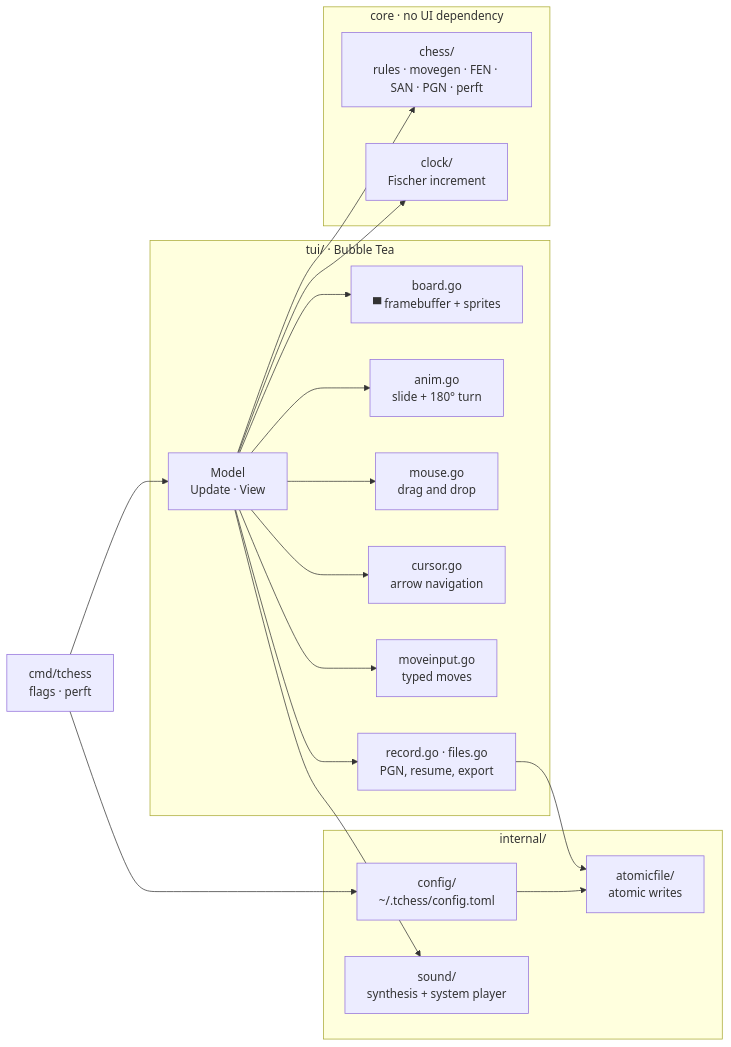
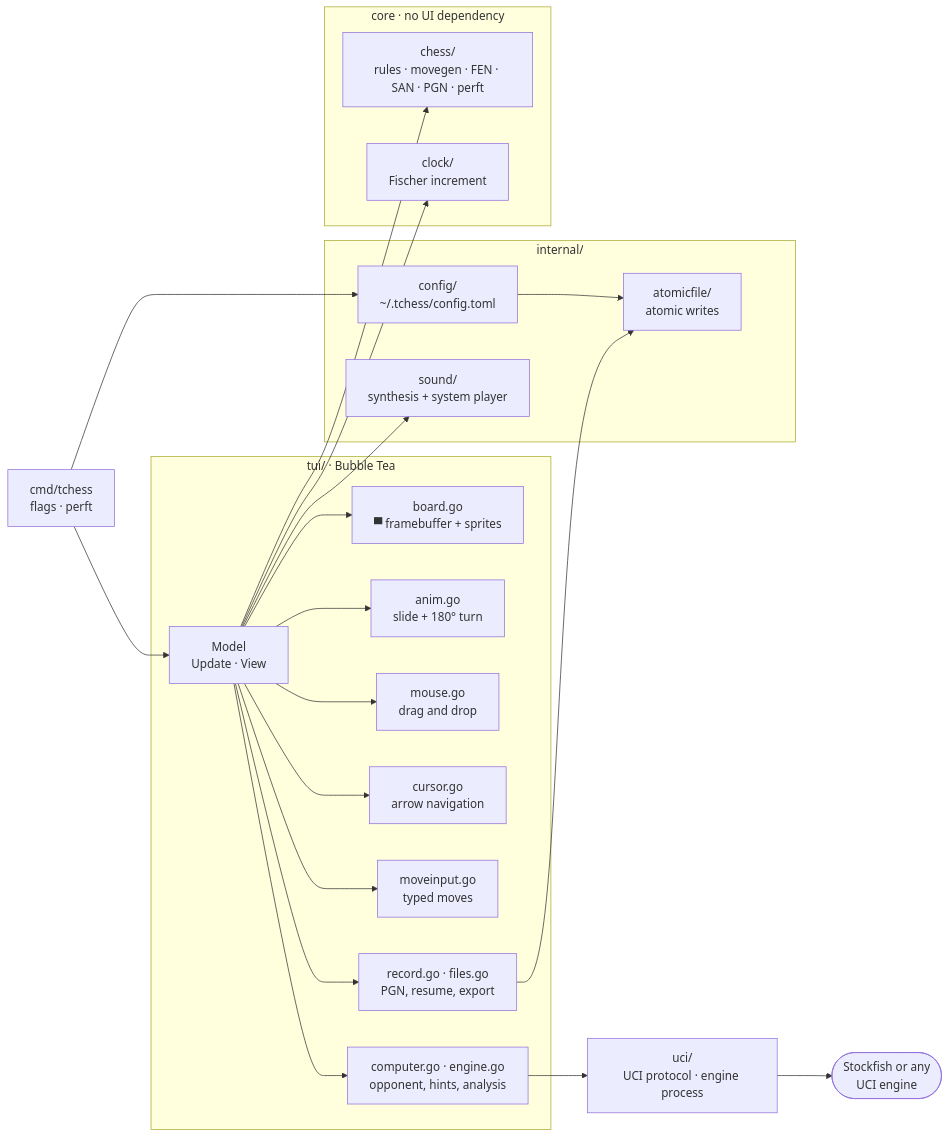
Before and after one commit to almeidazs/tchess: the diagram in README.md, drawn with Mermaid. The commit also changed other lines of this file and 1 other file, not shown here.

Commit message:
docs: document playing the computer

````diff
--- a/README.md
+++ b/README.md
@@ -148,31 +185,35 @@
 ```mermaid
 flowchart LR
     main["cmd/tchess<br/>flags · perft"] --> model
 
     subgraph tui["tui/ · Bubble Tea"]
         model["Model<br/>Update · View"] --> board["board.go<br/>▀ framebuffer + sprites"]
         model --> anim["anim.go<br/>slide + 180° turn"]
         model --> mouse["mouse.go<br/>drag and drop"]
         model --> cursor["cursor.go<br/>arrow navigation"]
         model --> input["moveinput.go<br/>typed moves"]
         model --> record["record.go · files.go<br/>PGN, resume, export"]
+        model --> computer["computer.go · engine.go<br/>opponent, hints, analysis"]
     end
+
+    computer --> uci["uci/<br/>UCI protocol · engine process"]
+    uci --> stockfish(["Stockfish or any<br/>UCI engine"])
 
     subgraph internal["internal/"]
         config["config/<br/>~/.tchess/config.toml"]
         atomic["atomicfile/<br/>atomic writes"]
         sound["sound/<br/>synthesis + system player"]
     end
 
     subgraph core["core · no UI dependency"]
         chess["chess/<br/>rules · movegen · FEN · SAN · PGN · perft"]
         clock["clock/<br/>Fischer increment"]
     end
 
     model --> chess
     model --> clock
     main --> config
     model --> sound
     record --> atomic
     config --> atomic
 ```
````
